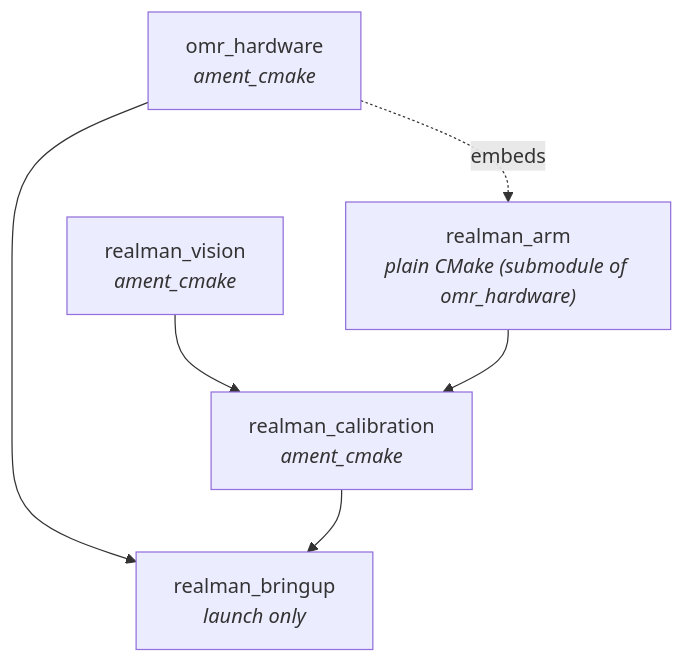
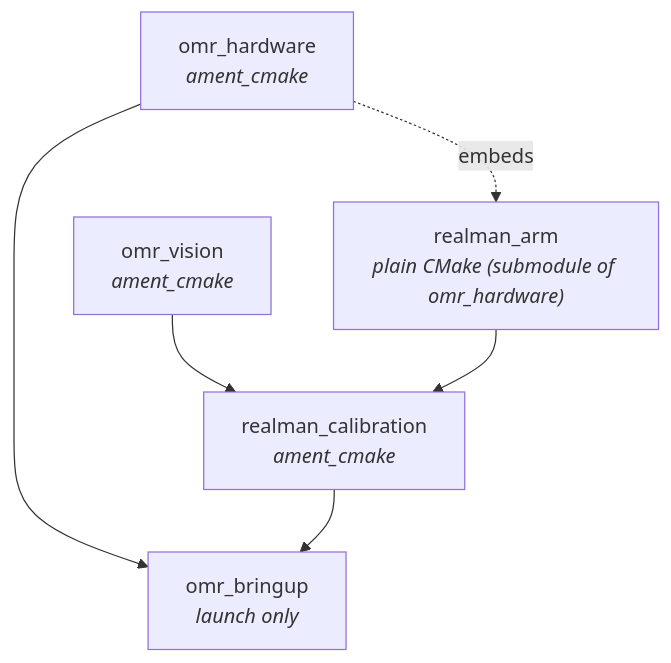
One commit to sunyuming53-byte/the_first_box changed the second of 4 diagrams in README.md. Above: the diagram before and after it, drawn with Mermaid. The commit also changed other lines of this file and 35 other files, not shown here.

First line of the commit message:
refactor: rename realman_vision/bringup to omr_vision/bringup, fix namespace

````diff
--- a/README.md
+++ b/README.md
@@ -173,14 +173,14 @@
 ```mermaid
 graph TD
-    vision["realman_vision<br/><i>ament_cmake</i>"]
+    vision["omr_vision<br/><i>ament_cmake</i>"]
     arm["realman_arm<br/><i>plain CMake (submodule of omr_hardware)</i>"]
     calib["realman_calibration<br/><i>ament_cmake</i>"]
     hw["omr_hardware<br/><i>ament_cmake</i>"]
-    bringup["realman_bringup<br/><i>launch only</i>"]
+    bringup["omr_bringup<br/><i>launch only</i>"]
 
     vision --> calib
     arm --> calib
     hw -.->|embeds| arm
     hw --> bringup
     calib --> bringup
 ```
````
